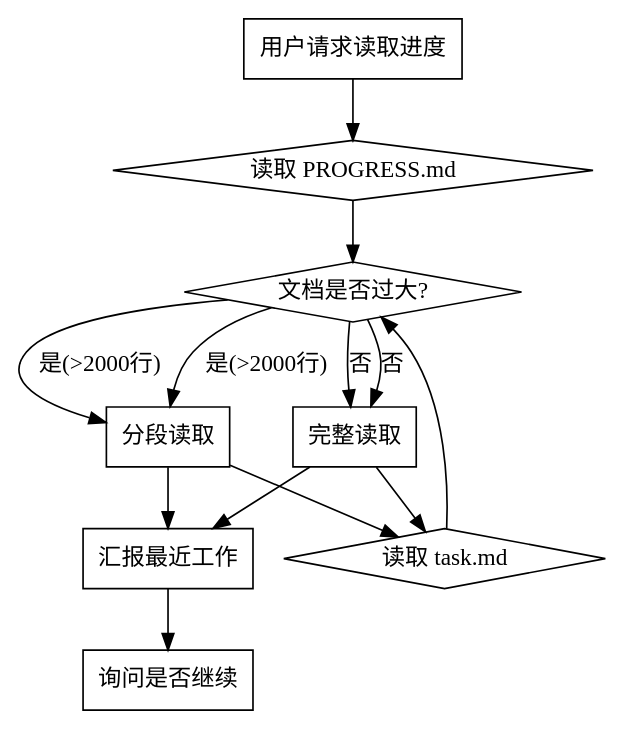
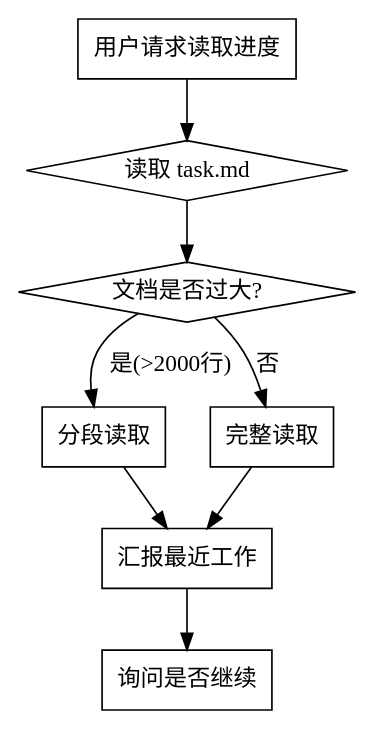
One commit to ph419/tackle changed the diagram in plugins/core/skill-progress-tracker/skill.md. Above: the diagram before and after it, drawn with Graphviz. The commit also changed other lines of this file and 1 other file, not shown here.

Commit message:
fix(skill): remove stale references to deleted files in skill.md
Remove all references to 12_工作包清单.md from skill-split-work-package
and clean up PROGRESS.md remnants from skill-progress-tracker, as these
files no longer exist in the project.

````diff
--- a/plugins/core/skill-progress-tracker/skill.md
+++ b/plugins/core/skill-progress-tracker/skill.md
@@ -34,28 +34,19 @@
 ```dot
 digraph read_progress {
     "用户请求读取进度" [shape=box];
-    "读取 PROGRESS.md" [shape=diamond];
-    "文档是否过大?" [shape=diamond];
-    "分段读取" [shape=box];
-    "完整读取" [shape=box];
     "读取 task.md" [shape=diamond];
     "文档是否过大?" [shape=diamond];
     "分段读取" [shape=box];
     "完整读取" [shape=box];
     "汇报最近工作" [shape=box];
     "询问是否继续" [shape=box];
 
-    "用户请求读取进度" -> "读取 PROGRESS.md";
-    "读取 PROGRESS.md" -> "文档是否过大?";
-    "文档是否过大?" -> "分段读取" [label="是(>2000行)"];
-    "文档是否过大?" -> "完整读取" [label="否"];
-    "分段读取" -> "读取 task.md";
-    "完整读取" -> "读取 task.md";
+    "用户请求读取进度" -> "读取 task.md";
     "读取 task.md" -> "文档是否过大?";
     "文档是否过大?" -> "分段读取" [label="是(>2000行)"];
     "文档是否过大?" -> "完整读取" [label="否"];
     "分段读取" -> "汇报最近工作";
     "完整读取" -> "汇报最近工作";
     "汇报最近工作" -> "询问是否继续";
 }
 ```
````
